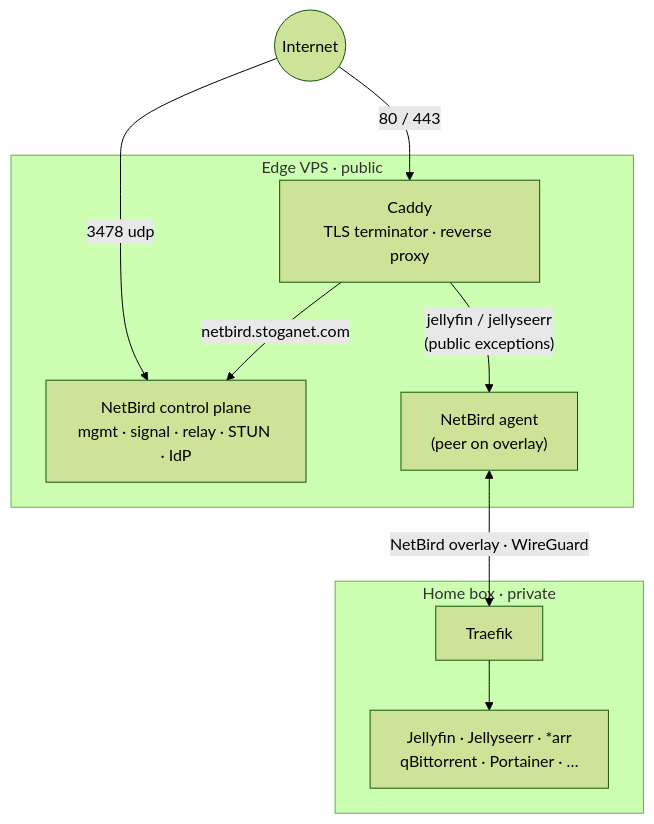
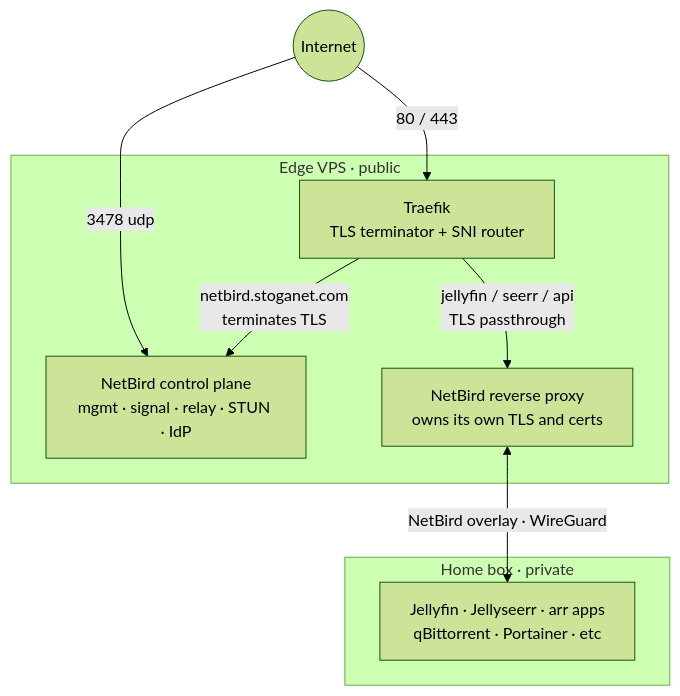
One commit to Stoganet/edge changed the diagram in README.md. Above: the diagram before and after it, drawn with Mermaid (forest theme). The commit also changed other lines of this file and 18 other files, not shown here.

First line of the commit message:
refactor!: replace caddy with traefik as the edge reverse proxy (#49)

````diff
--- a/README.md
+++ b/README.md
@@ -11,22 +11,20 @@
 ```mermaid
 graph TD
     Internet((Internet))
 
     subgraph VPS["Edge VPS · public"]
-        Caddy["Caddy\nTLS terminator · reverse proxy"]
+        Traefik["Traefik\nTLS terminator + SNI router"]
         NB_CP["NetBird control plane\nmgmt · signal · relay · STUN · IdP"]
-        NB_Agent["NetBird agent\n(peer on overlay)"]
+        NB_Proxy["NetBird reverse proxy\nowns its own TLS and certs"]
     end
 
     subgraph Home["Home box · private"]
-        Traefik["Traefik"]
-        Services["Jellyfin · Jellyseerr · *arr\nqBittorrent · Portainer · …"]
+        HomeServices["Jellyfin · Jellyseerr · arr apps\nqBittorrent · Portainer · etc"]
     end
 
-    Internet -->|"80 / 443"| Caddy
+    Internet -->|"80 / 443"| Traefik
     Internet -->|"3478 udp"| NB_CP
-    Caddy -->|"netbird.stoganet.com"| NB_CP
-    Caddy -->|"jellyfin / jellyseerr\n(public exceptions)"| NB_Agent
-    NB_Agent <-->|"NetBird overlay · WireGuard"| Traefik
-    Traefik --> Services
+    Traefik -->|"netbird.stoganet.com\nterminates TLS"| NB_CP
+    Traefik -->|"jellyfin / seerr / api\nTLS passthrough"| NB_Proxy
+    NB_Proxy <-->|"NetBird overlay · WireGuard"| HomeServices
 ```
````
